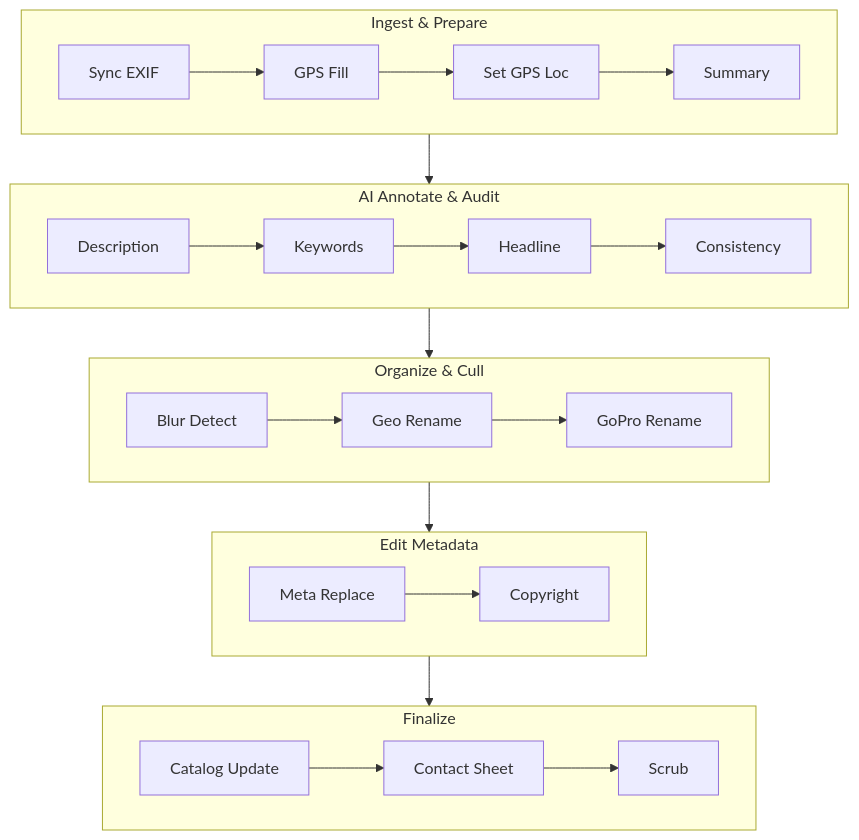
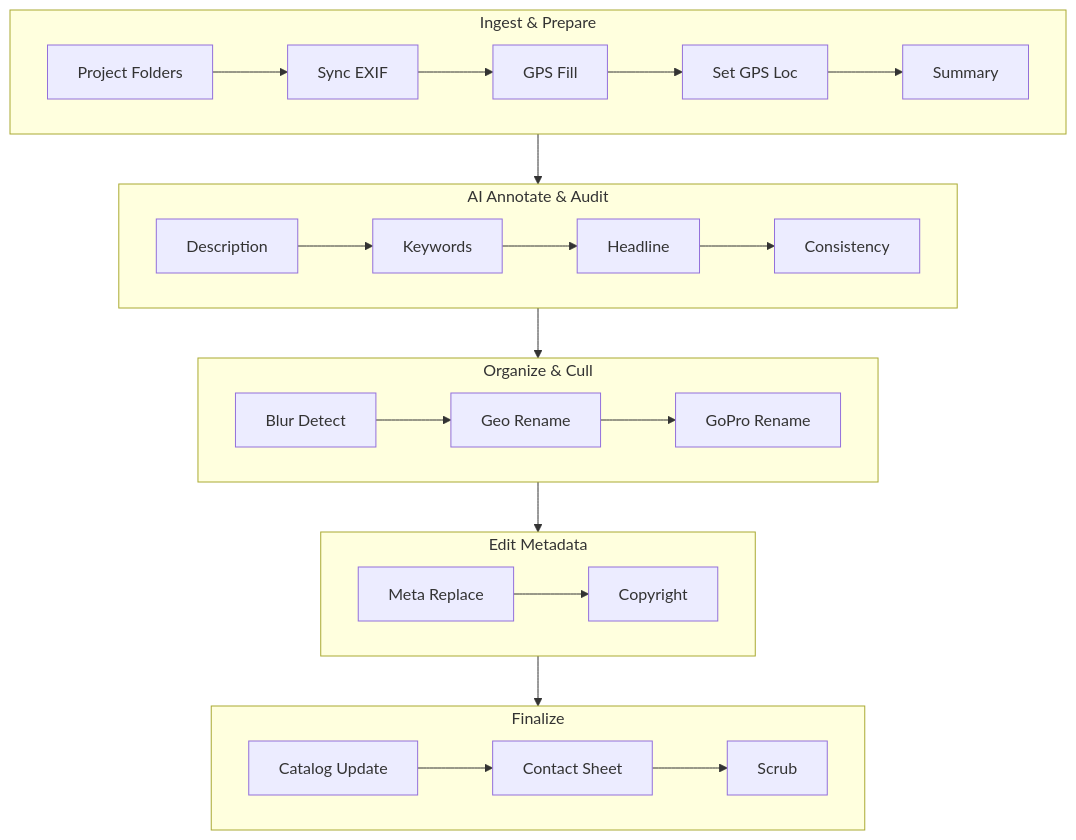
One commit to igoros777/photoshell changed the diagram in docs/web_ui_help.md. Above: the diagram before and after it, drawn with Mermaid. The commit also changed other lines of this file and 11 other files, not shown here.

````diff
--- a/docs/web_ui_help.md
+++ b/docs/web_ui_help.md
@@ -28,30 +28,31 @@
 ```mermaid
 flowchart TD
     subgraph G1 [Ingest & Prepare]
-        A[Sync EXIF] --> B[GPS Fill]
+        PF[Project Folders] --> A[Sync EXIF]
+        A --> B[GPS Fill]
         B --> B2[Set GPS Loc]
         B2 --> C[Summary]
     end
 
     subgraph G2 [AI Annotate & Audit]
         D[Description] --> E[Keywords]
         E --> E2[Headline]
         E2 --> E3[Consistency]
     end
 
     subgraph G3 [Organize & Cull]
         H[Blur Detect] --> F[Geo Rename]
         F --> G[GoPro Rename]
     end
 
     subgraph G4 [Edit Metadata]
         H2[Meta Replace] --> H3[Copyright]
     end
 
     subgraph G5 [Finalize]
         H5[Catalog Update] --> I[Contact Sheet]
         I --> J[Scrub]
     end
 
     G1 --> G2 --> G3 --> G4 --> G5
 ```
````
